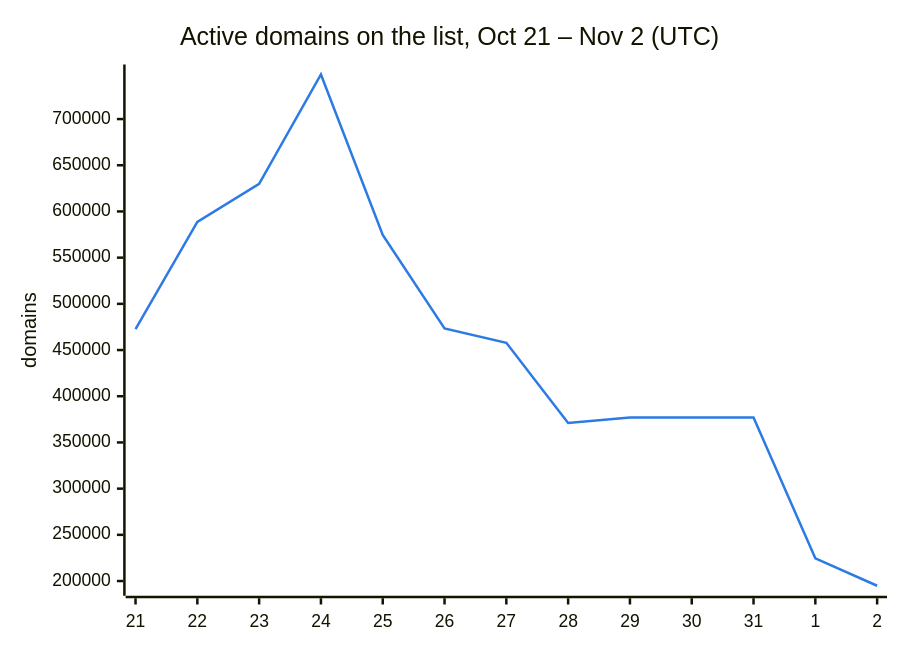
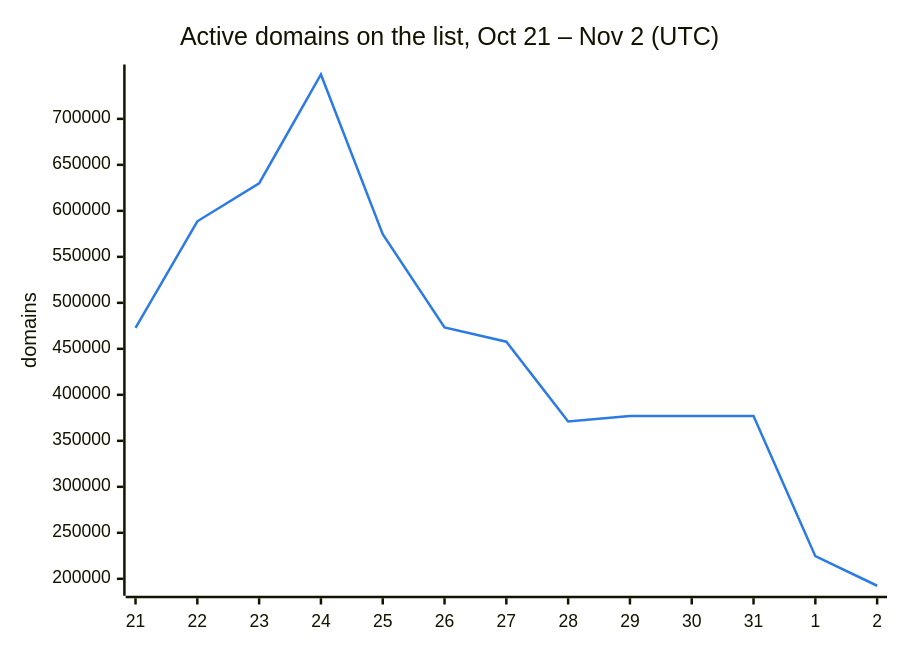
Before and after one commit to DNSBunker/CTI: the second of 3 diagrams in README.md, drawn with Mermaid. The commit also changed other lines of this file and 3 other files, not shown here.

````diff
--- a/README.md
+++ b/README.md
@@ -38,8 +38,8 @@
 ```mermaid
 %%{init: {"themeVariables": {"xyChart": {"plotColorPalette": "#2c7be5"}}}}%%
 xychart-beta
     title "Active domains on the list, Oct 21 – Nov 2 (UTC)"
     x-axis ["21", "22", "23", "24", "25", "26", "27", "28", "29", "30", "31", "1", "2"]
     y-axis "domains"
-    line [472713, 588659, 629951, 748222, 574614, 473331, 457795, 371010, 376945, 376945, 376945, 224607, 194891]
+    line [472713, 588659, 629951, 748222, 574614, 473331, 457795, 371010, 376945, 376945, 376945, 224607, 192445]
 ```
````
